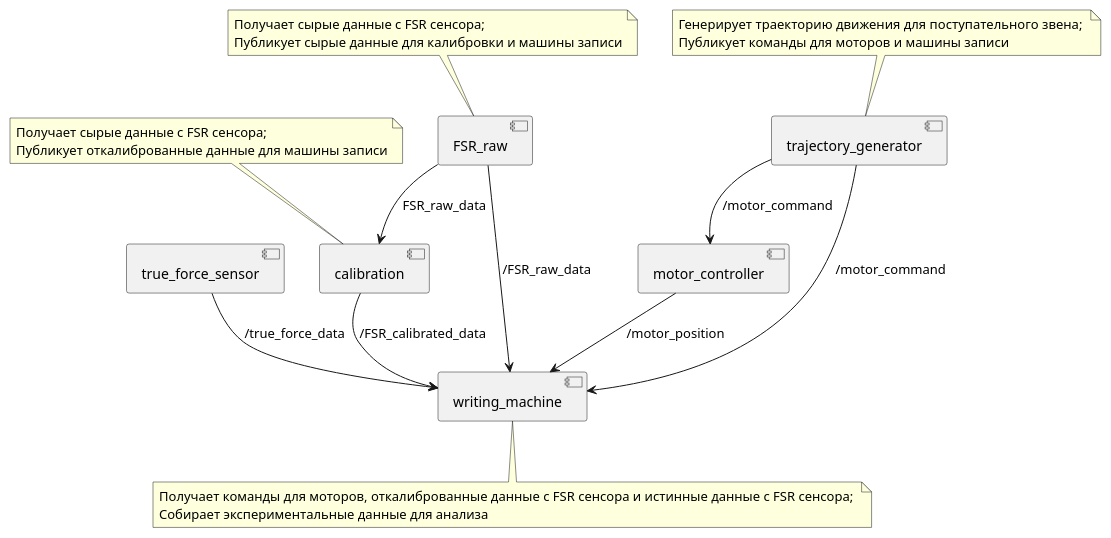
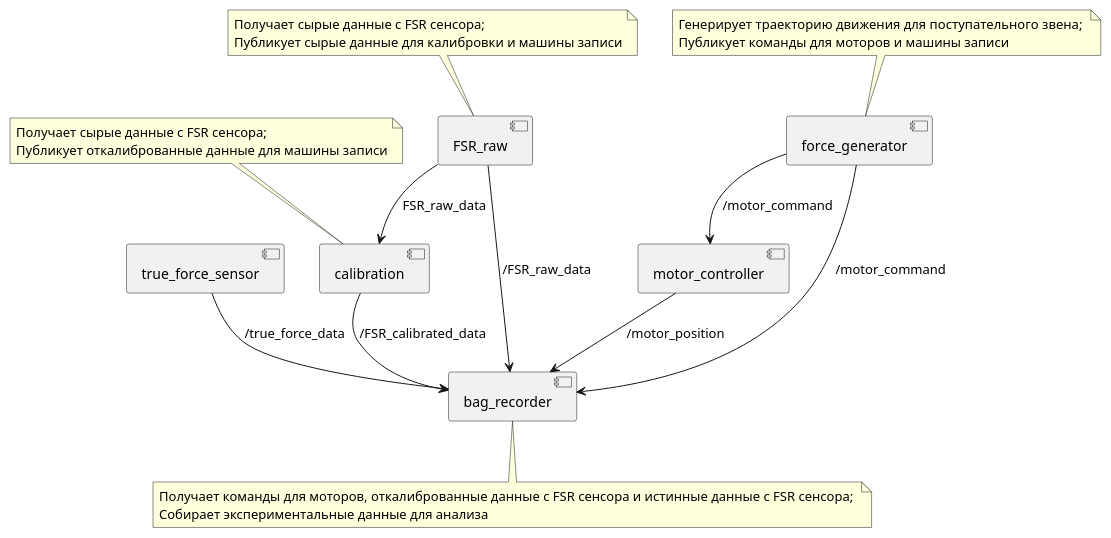
Before and after one commit to Graperson/FSR-project-OOP: the diagram in FSR_diagram.puml, drawn with PlantUML.

Commit message:
A FSR-diagram file was updated

```diff
--- a/FSR_diagram.puml
+++ b/FSR_diagram.puml
@@ -1,36 +1,36 @@
 @startuml
-[trajectory_generator]
+[force_generator]
 [motor_controller]
 [true_force_sensor]
 [FSR_raw]
 [calibration]
-[writing_machine]
+[bag_recorder]
 
-[trajectory_generator] --> [motor_controller] : "/motor_command"
-[trajectory_generator] --> [writing_machine] : "/motor_command"
-[motor_controller] --> [writing_machine] : "/motor_position"
-[true_force_sensor] --> [writing_machine] : "/true_force_data"
-[FSR_raw] --> [writing_machine] : "/FSR_raw_data"
+[force_generator] --> [motor_controller] : "/motor_command"
+[force_generator] --> [bag_recorder] : "/motor_command"
+[motor_controller] --> [bag_recorder] : "/motor_position"
+[true_force_sensor] --> [bag_recorder] : "/true_force_data"
+[FSR_raw] --> [bag_recorder] : "/FSR_raw_data"
 [FSR_raw] --> [calibration] : "FSR_raw_data"
-[calibration] --> [writing_machine] : "/FSR_calibrated_data"
+[calibration] --> [bag_recorder] : "/FSR_calibrated_data"
 
-note top of trajectory_generator
+note top of force_generator
     Генерирует траекторию движения для поступательного звена; 
     Публикует команды для моторов и машины записи
 end note
 
 note top of FSR_raw
     Получает сырые данные с FSR сенсора; 
     Публикует сырые данные для калибровки и машины записи
 end note
 
 note top of calibration
     Получает сырые данные с FSR сенсора; 
     Публикует откалиброванные данные для машины записи
 end note    
 
-note bottom of writing_machine
+note bottom of bag_recorder
     Получает команды для моторов, откалиброванные данные с FSR сенсора и истинные данные с FSR сенсора; 
     Собирает экспериментальные данные для анализа
 end note    
 @enduml
```
